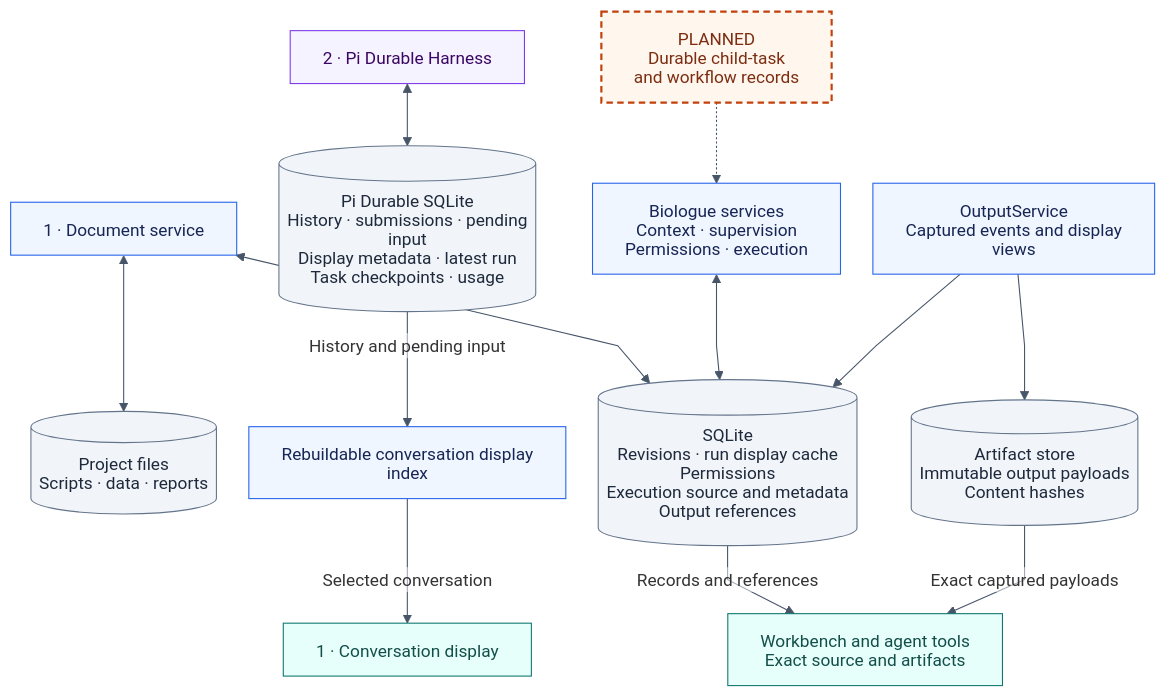
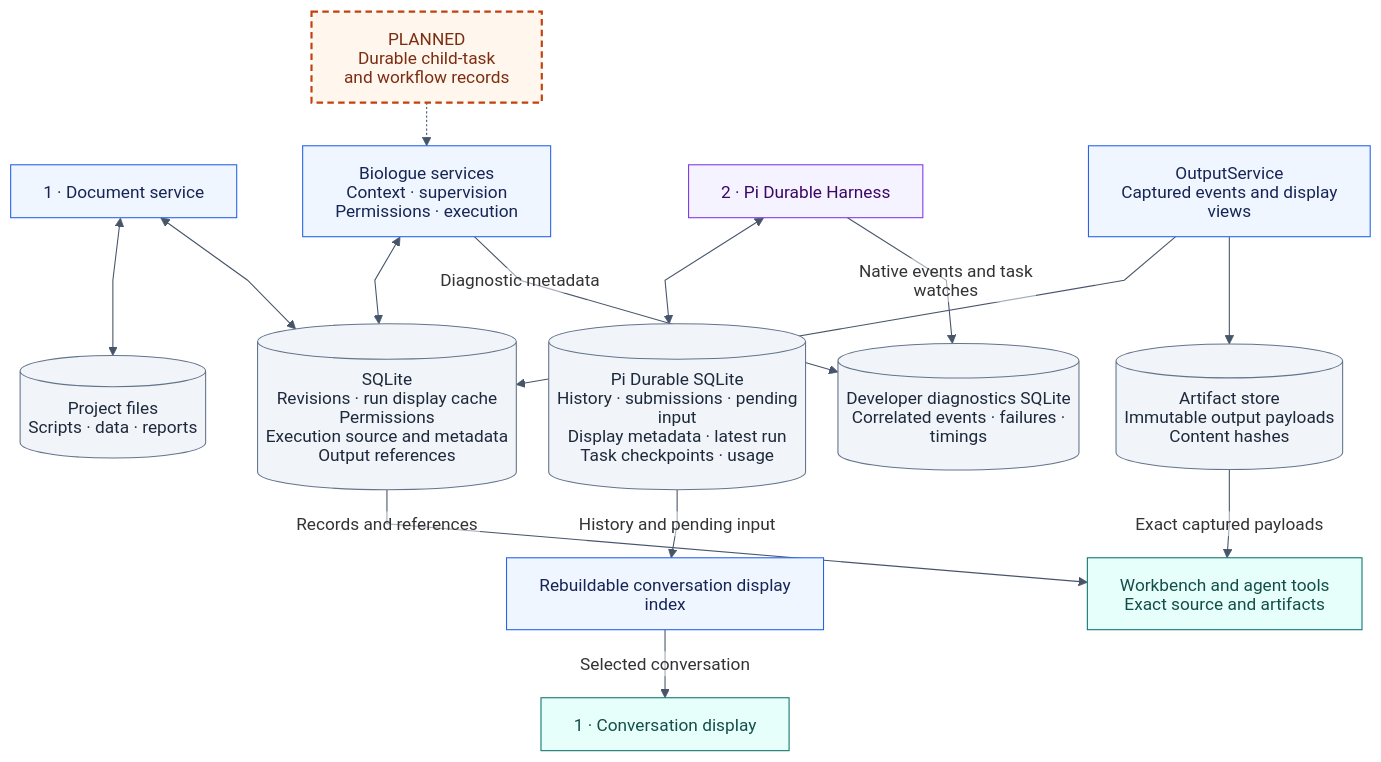
One commit to carl-stone/biologue changed the fifth of 5 diagrams in ARCHITECTURE.md. Above: the diagram before and after it, drawn with Mermaid. The commit also changed other lines of this file and 23 other files, not shown here.

Commit message:
Add persistent developer and agent diagnostics

````diff
--- a/ARCHITECTURE.md
+++ b/ARCHITECTURE.md
@@ -273,39 +273,42 @@
 ```mermaid
 %%{init: {"theme":"base","htmlLabels":false,"markdownAutoWrap":false,"themeVariables":{"fontFamily":"Arial, sans-serif","lineColor":"#475569","edgeLabelBackground":"#FFFFFF"},"flowchart":{"htmlLabels":false,"curve":"linear","nodeSpacing":30,"rankSpacing":40,"wrappingWidth":240,"minNodeWidth":200}}}%%
 flowchart TB
     Documents["1 · Document service"]
     Domain["Biologue services<br/>Context · supervision<br/>Permissions · execution"]
     Pi["2 · Pi Durable Harness"]
     Outputs["OutputService<br/>Captured events and display views"]
     Files[("Project files<br/>Scripts · data · reports")]
     SQLite[("SQLite<br/>Revisions · run display cache<br/>Permissions<br/>Execution source and metadata<br/>Output references")]
     History[("Pi Durable SQLite<br/>History · submissions · pending input<br/>Display metadata · latest run<br/>Task checkpoints · usage")]
     Blobs[("Artifact store<br/>Immutable output payloads<br/>Content hashes")]
+    Diagnostics[("Developer diagnostics SQLite<br/>Correlated events · failures · timings")]
     Projection["Rebuildable conversation display index"]
     Chat["1 · Conversation display"]
     Readers["Workbench and agent tools<br/>Exact source and artifacts"]
     Tasks["PLANNED<br/>Durable child-task<br/>and workflow records"]
 
     Documents <--> Files
     Documents <--> SQLite
     Domain <--> SQLite
     Pi <--> History
     History -->|"History and pending input"| Projection
     Outputs --> SQLite
     Outputs --> Blobs
+    Domain -->|"Diagnostic metadata"| Diagnostics
+    Pi -->|"Native events and task watches"| Diagnostics
     Projection -->|"Selected conversation"| Chat
     SQLite -->|"Records and references"| Readers
     Blobs -->|"Exact captured payloads"| Readers
     Tasks -.-> Domain
 
     classDef workbench fill:#E6FFFB,stroke:#0F766E,color:#134E4A
     classDef app fill:#EFF6FF,stroke:#2563EB,color:#172554
     classDef pi fill:#F5F3FF,stroke:#7C3AED,color:#3B0764
     classDef storage fill:#F1F5F9,stroke:#64748B,color:#1E293B
     classDef planned fill:#FFF7ED,stroke:#C2410C,color:#7C2D12,stroke-width:2px,stroke-dasharray:6 4
     class Documents,Domain,Outputs,Projection app
     class Pi pi
-    class Files,SQLite,History,Blobs storage
+    class Files,SQLite,History,Blobs,Diagnostics storage
     class Chat,Readers workbench
     class Tasks planned
 ```
````
